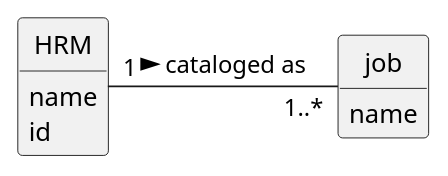
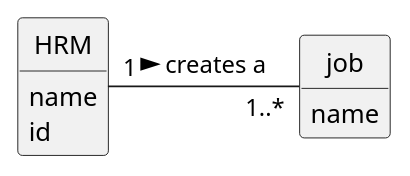
The diagram in docs/sprintA/us002/02.analysis/puml/us002-domain-model.puml (Departamento-de-Engenharia-Informatica/lei-24-s2-1do-g164), drawn with PlantUML before and after one commit. The commit also changed 6 other files, not shown here.

```diff
--- a/docs/sprintA/us002/02.analysis/puml/us002-domain-model.puml
+++ b/docs/sprintA/us002/02.analysis/puml/us002-domain-model.puml
@@ -1,37 +1,37 @@
 @startuml
 skinparam monochrome true
 skinparam packageStyle rectangle
 skinparam shadowing false
 
 'left to right direction
 
 skinparam classAttributeIconSize 0
 
 hide circle
 hide methods
 
 'title Domain Model
 
 'class Platform {
 '  -description
 '}
 
 
 class job
  {
    name
 }
 'class User {
 '    name
 '    email
 '    password
 '}
 
 class HRM{
   name
   id
 }
 
 
-HRM "1" - "1..*" job: cataloged as >
+HRM "1" - "1..*" job: creates a >
 @enduml
```
